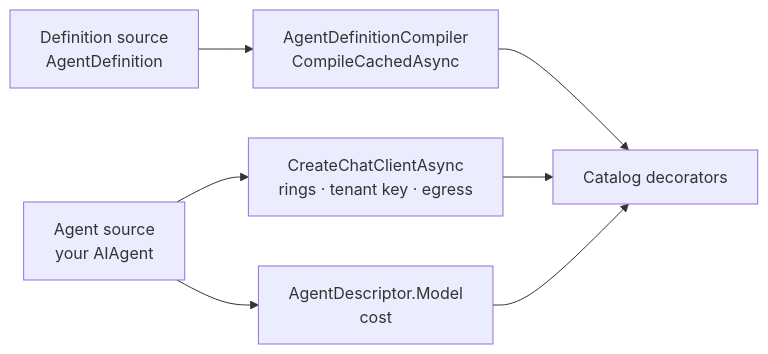
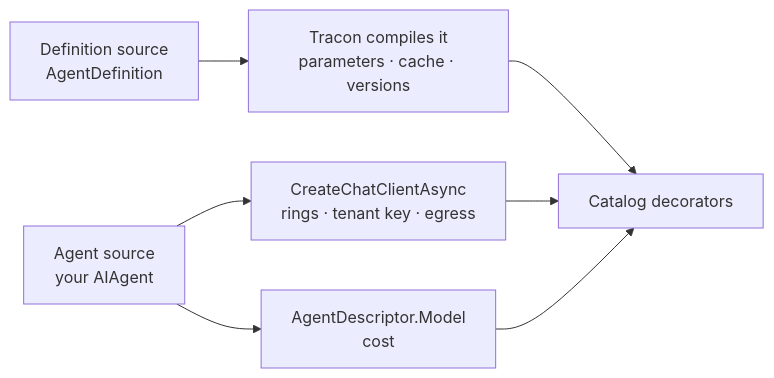
Before and after one commit to farukatasoy/Tracon: the diagram in docs-site/src/content/docs/guides/write-your-own-agent-source.md, drawn with Mermaid. The commit also changed other lines of this file and 68 other files, not shown here.

Commit message:
feat(catalog): bind parameter values at resolve time and add IAgentDefinitionSource

````diff
--- a/docs-site/src/content/docs/guides/write-your-own-agent-source.md
+++ b/docs-site/src/content/docs/guides/write-your-own-agent-source.md
@@ -60,11 +46,11 @@
 ```mermaid
 flowchart LR
     accTitle: The two source shapes
-    accDescr: A definition source hands an AgentDefinition to the compiler, which builds the agent with the model rings, the tenant key and the cost. An agent source builds its own agent; it gets the same model rings, tenant key and egress policy from CreateChatClientAsync, and the cost from the model named in its descriptor. The catalog applies Tracon's decorators to both.
-    DEF["Definition source<br/>AgentDefinition"] --> COMP["AgentDefinitionCompiler<br/>CompileCachedAsync"]
+    accDescr: A definition source hands an AgentDefinition to Tracon, which compiles it with the model rings, the tenant key, the cost, the parameter values and the cache. An agent source builds its own agent; it gets the same model rings, tenant key and egress policy from CreateChatClientAsync, and the cost from the model named in its descriptor. The catalog applies Tracon's decorators to both.
+    DEF["Definition source<br/>AgentDefinition"] --> COMP["Tracon compiles it<br/>parameters · cache · versions"]
     COMP --> CAT["Catalog decorators"]
     OWN["Agent source<br/>your AIAgent"] --> CLIENT["CreateChatClientAsync<br/>rings · tenant key · egress"]
     OWN --> DESC["AgentDescriptor.Model<br/>cost"]
     CLIENT --> CAT
     DESC --> CAT
 ```
````
